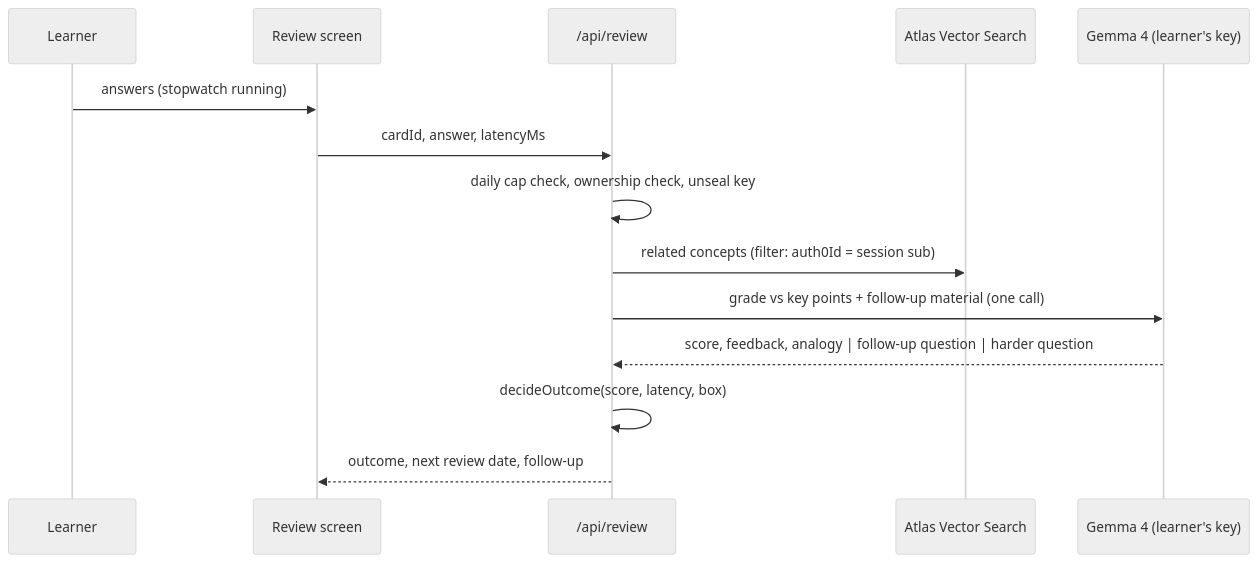
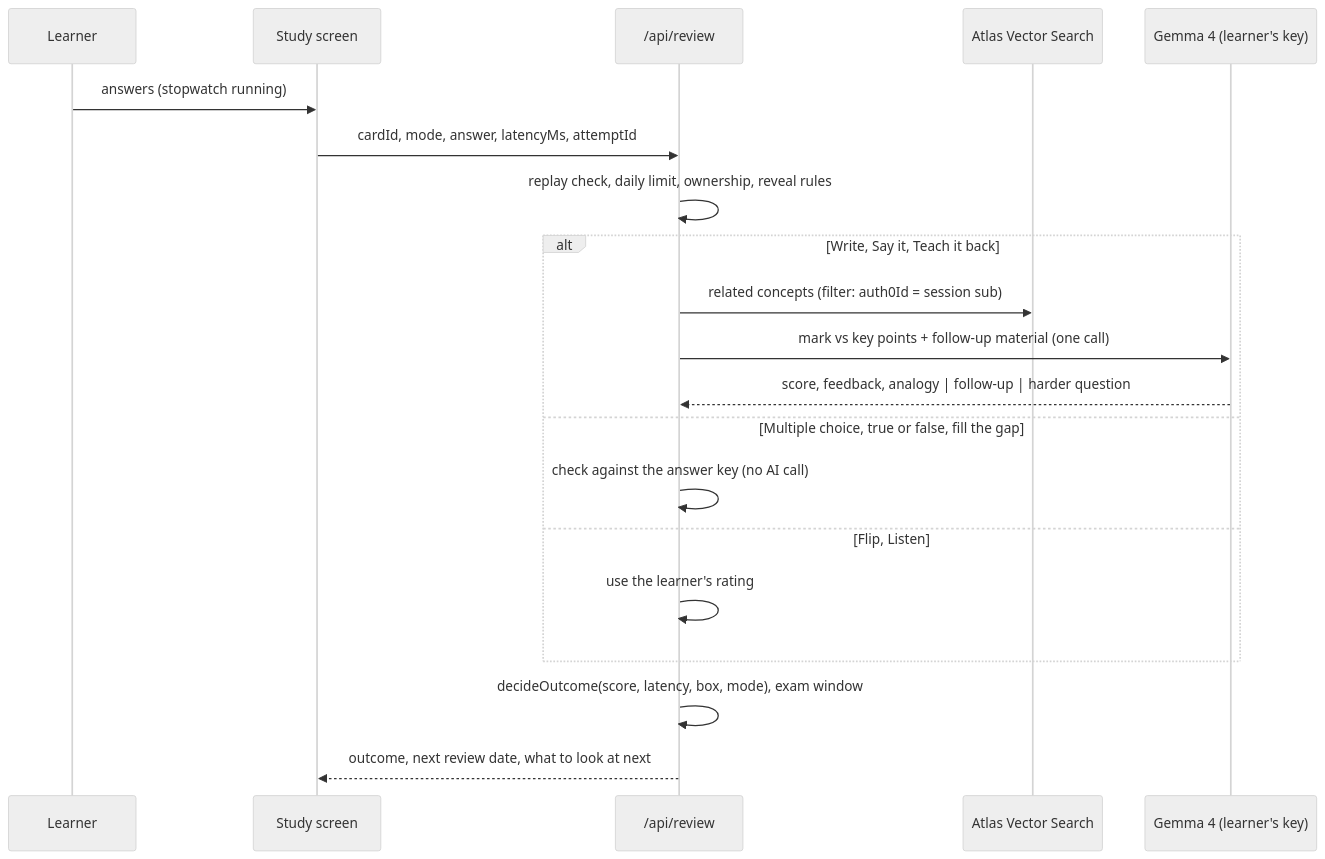
One commit to realarbird/Deep-Retrain changed the second of 2 diagrams in README.md. Above: the diagram before and after it, drawn with Mermaid (neutral theme). The commit also changed other lines of this file and 10 other files, not shown here.

````diff
--- a/README.md
+++ b/README.md
@@ -93,16 +194,22 @@
 ```mermaid
 sequenceDiagram
   participant U as Learner
-  participant A as Review screen
+  participant A as Study screen
   participant S as /api/review
   participant V as Atlas Vector Search
   participant G as Gemma 4 (learner's key)
   U->>A: answers (stopwatch running)
-  A->>S: cardId, answer, latencyMs
-  S->>S: daily cap check, ownership check, unseal key
-  S->>V: related concepts (filter: auth0Id = session sub)
-  S->>G: grade vs key points + follow-up material (one call)
-  G-->>S: score, feedback, analogy | follow-up question | harder question
-  S->>S: decideOutcome(score, latency, box)
-  S-->>A: outcome, next review date, follow-up
+  A->>S: cardId, mode, answer, latencyMs, attemptId
+  S->>S: replay check, daily limit, ownership, reveal rules
+  alt Write, Say it, Teach it back
+    S->>V: related concepts (filter: auth0Id = session sub)
+    S->>G: mark vs key points + follow-up material (one call)
+    G-->>S: score, feedback, analogy | follow-up | harder question
+  else Multiple choice, true or false, fill the gap
+    S->>S: check against the answer key (no AI call)
+  else Flip, Listen
+    S->>S: use the learner's rating
+  end
+  S->>S: decideOutcome(score, latency, box, mode), exam window
+  S-->>A: outcome, next review date, what to look at next
 ```
````
